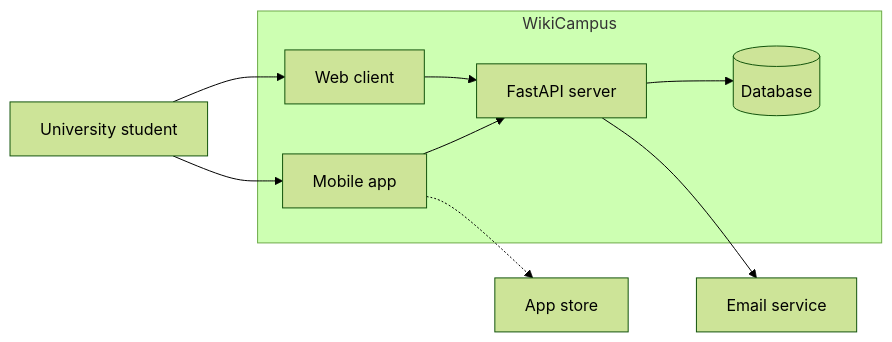
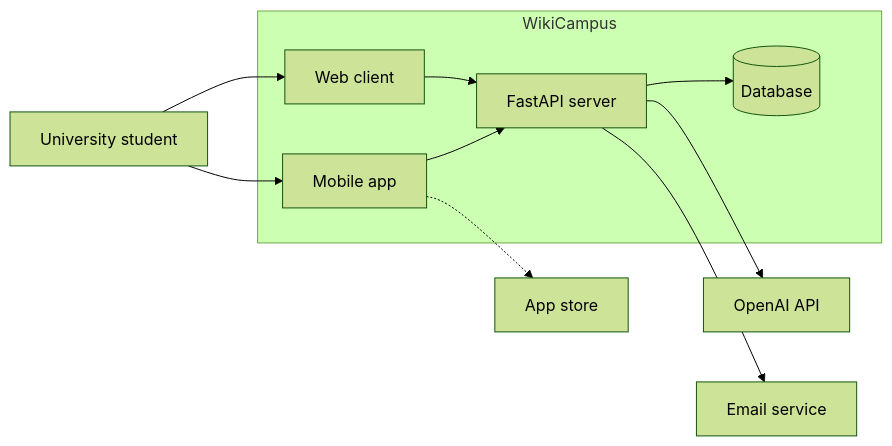
The diagram in PROPOSAL.md (Doanmet/aiasd-project), drawn with Mermaid (forest theme) before and after one commit. The commit also changed other lines of this file and 12 other files, not shown here.

````diff
--- a/PROPOSAL.md
+++ b/PROPOSAL.md
@@ -20,12 +20,13 @@
 ```mermaid
 flowchart LR
   Student[University student] --> Web[Web client]
   Student --> Mobile[Mobile app]
   subgraph SYS[WikiCampus]
     Web --> API[FastAPI server]
     Mobile --> API
     API --> DB[(Database)]
   end
+  API --> LLM[OpenAI API]
   API --> Mail[Email service]
   Mobile -.-> Store[App store]
 ```
````
